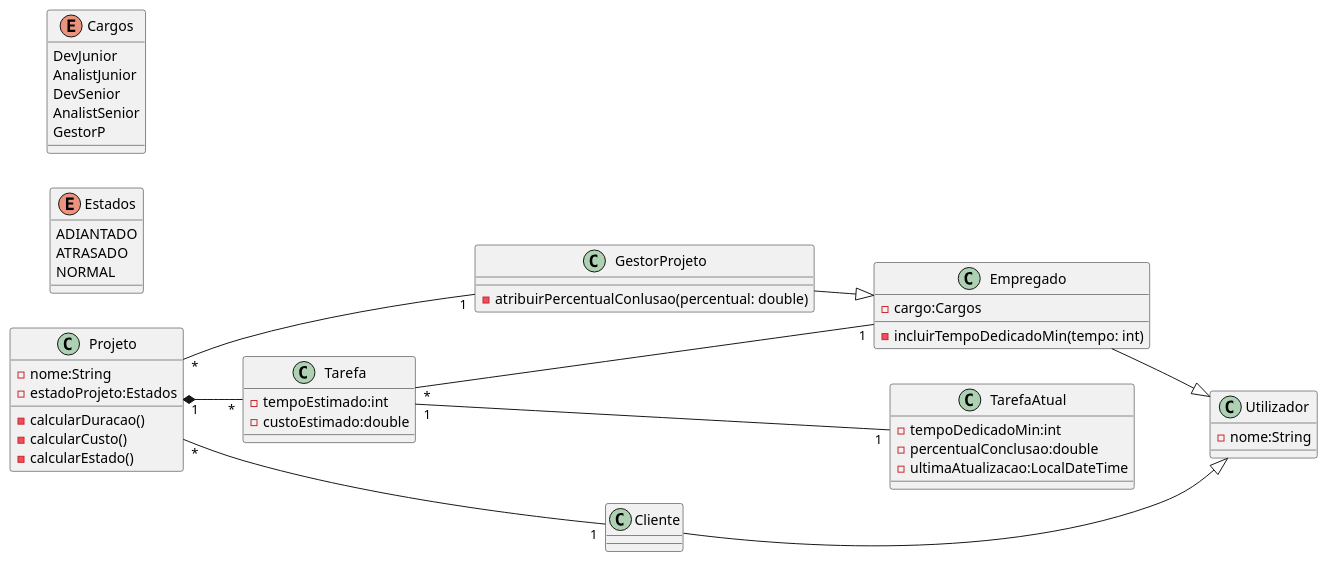
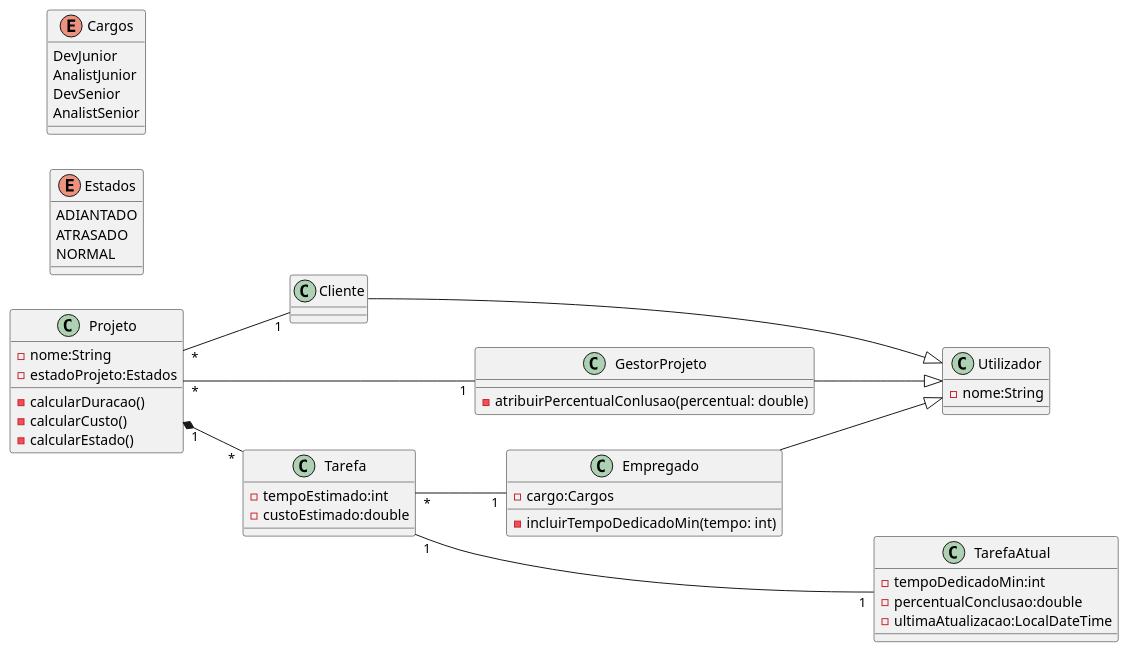
Before and after one commit to PedroAlmeidacode/SGP-WebService: the diagram in Diagrama de Classes/newmodel.puml, drawn with PlantUML. The commit also changed 1 other file, not shown here.

Commit message:
class diagram

```diff
--- a/Diagrama de Classes/newmodel.puml
+++ b/Diagrama de Classes/newmodel.puml
@@ -1,60 +1,59 @@
 @startuml
 left to right direction
 
 class Projeto{
 	- nome:String
 	- estadoProjeto:Estados 
 	- calcularDuracao()
 	- calcularCusto()
 	- calcularEstado()
 }
 
 
 class Utilizador{
     - nome:String
 }
 
 class Empregado{
 	- cargo:Cargos
  	- incluirTempoDedicadoMin(tempo: int)
 }
 
 class GestorProjeto{
 	 - atribuirPercentualConlusao(percentual: double)
 }
 
 class Tarefa{
 	- tempoEstimado:int 
 	- custoEstimado:double
 }
 
 class TarefaAtual{
 	- tempoDedicadoMin:int 
 	- percentualConclusao:double     
 	- ultimaAtualizacao:LocalDateTime
 }
 
 enum Estados{
 	ADIANTADO
 	ATRASADO
 	NORMAL
 }
 
 enum Cargos{
 	DevJunior
 	AnalistJunior
 	DevSenior
 	AnalistSenior
-	GestorP
 }
 
 Empregado --|> Utilizador
 Cliente --|> Utilizador
 Tarefa "1" --- "1" TarefaAtual
 Projeto "*" --- "1" GestorProjeto
 Projeto "*" -- "1" Cliente
 Tarefa "*" -- "1" Empregado
 Projeto "1"  *-- "*" Tarefa
-GestorProjeto --|> Empregado
+GestorProjeto --|> Utilizador
 
 @enduml
```
